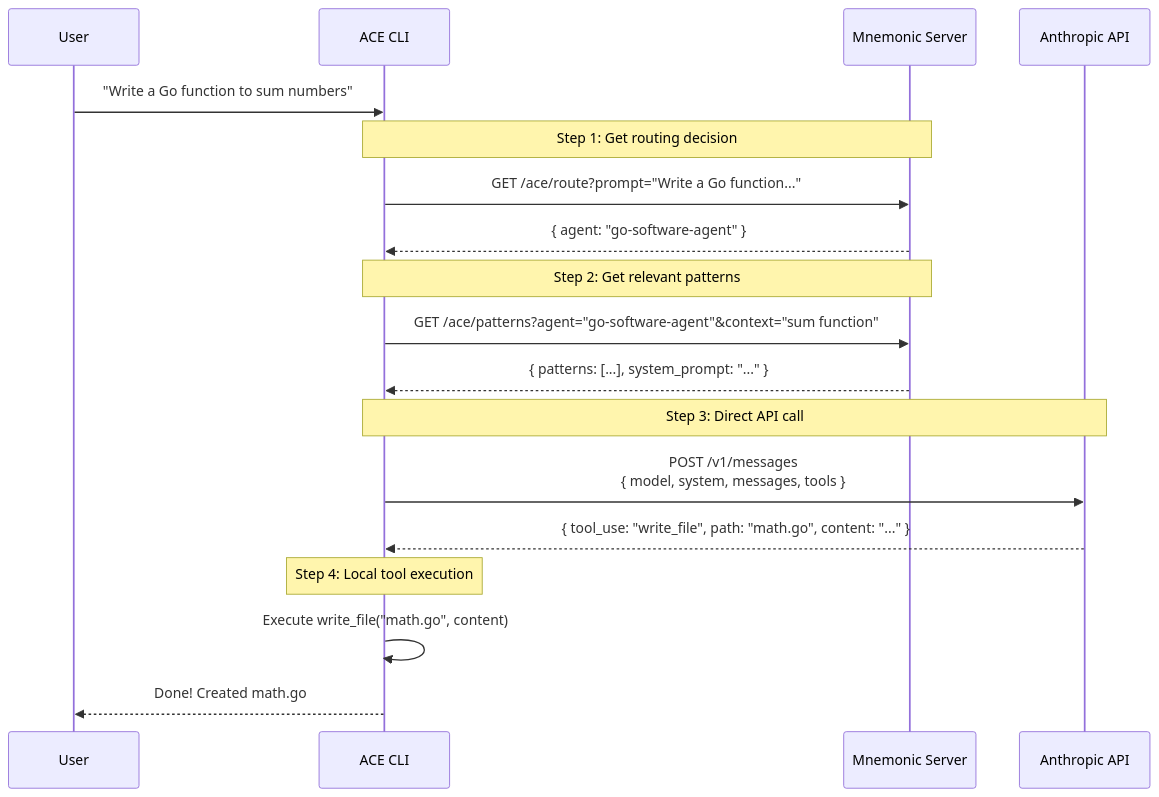
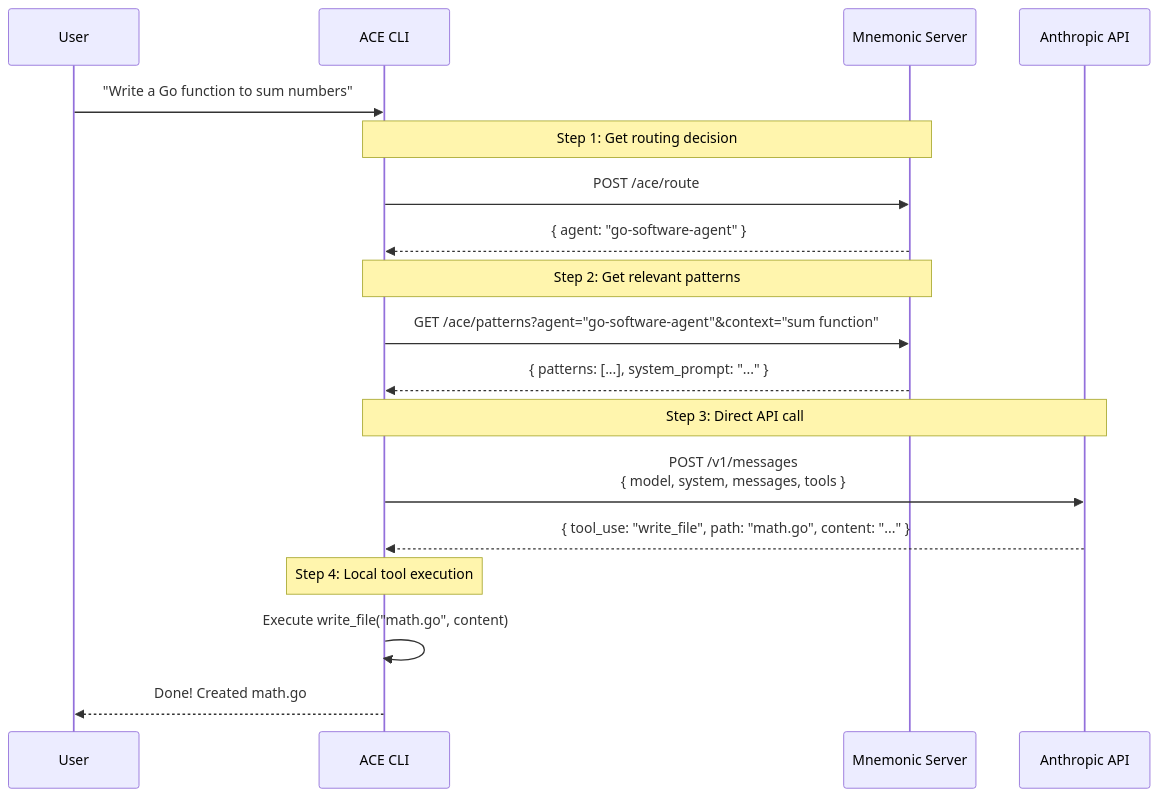
Before and after one commit to twistingmercury/mnemonic-mcp: the second of 2 diagrams in docs/architecture/mnemonic-integration-concept.md, drawn with Mermaid. The commit also changed other lines of this file and 10 other files, not shown here.

````diff
--- a/docs/architecture/mnemonic-integration-concept.md
+++ b/docs/architecture/mnemonic-integration-concept.md
@@ -41,26 +43,26 @@
 ```mermaid
 sequenceDiagram
     participant User
     participant CLI as ACE CLI
     participant MN as Mnemonic Server
     participant ANT as Anthropic API
 
     User->>CLI: "Write a Go function to sum numbers"
 
     Note over CLI,MN: Step 1: Get routing decision
-    CLI->>MN: GET /ace/route?prompt="Write a Go function..."
+    CLI->>MN: POST /ace/route
     MN-->>CLI: { agent: "go-software-agent" }
 
     Note over CLI,MN: Step 2: Get relevant patterns
     CLI->>MN: GET /ace/patterns?agent="go-software-agent"&context="sum function"
     MN-->>CLI: { patterns: [...], system_prompt: "..." }
 
     Note over CLI,ANT: Step 3: Direct API call
     CLI->>ANT: POST /v1/messages<br/>{ model, system, messages, tools }
     ANT-->>CLI: { tool_use: "write_file", path: "math.go", content: "..." }
 
     Note over CLI: Step 4: Local tool execution
     CLI->>CLI: Execute write_file("math.go", content)
 
     CLI-->>User: Done! Created math.go
 ```
````
